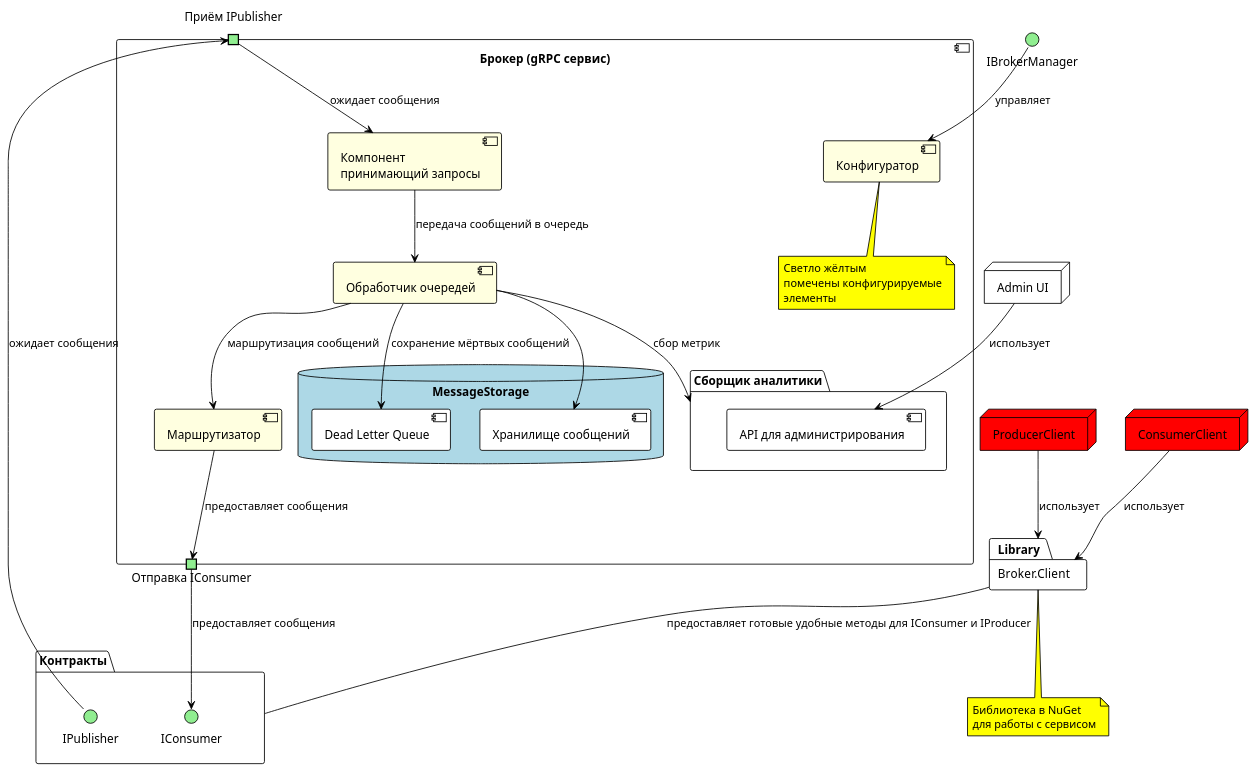
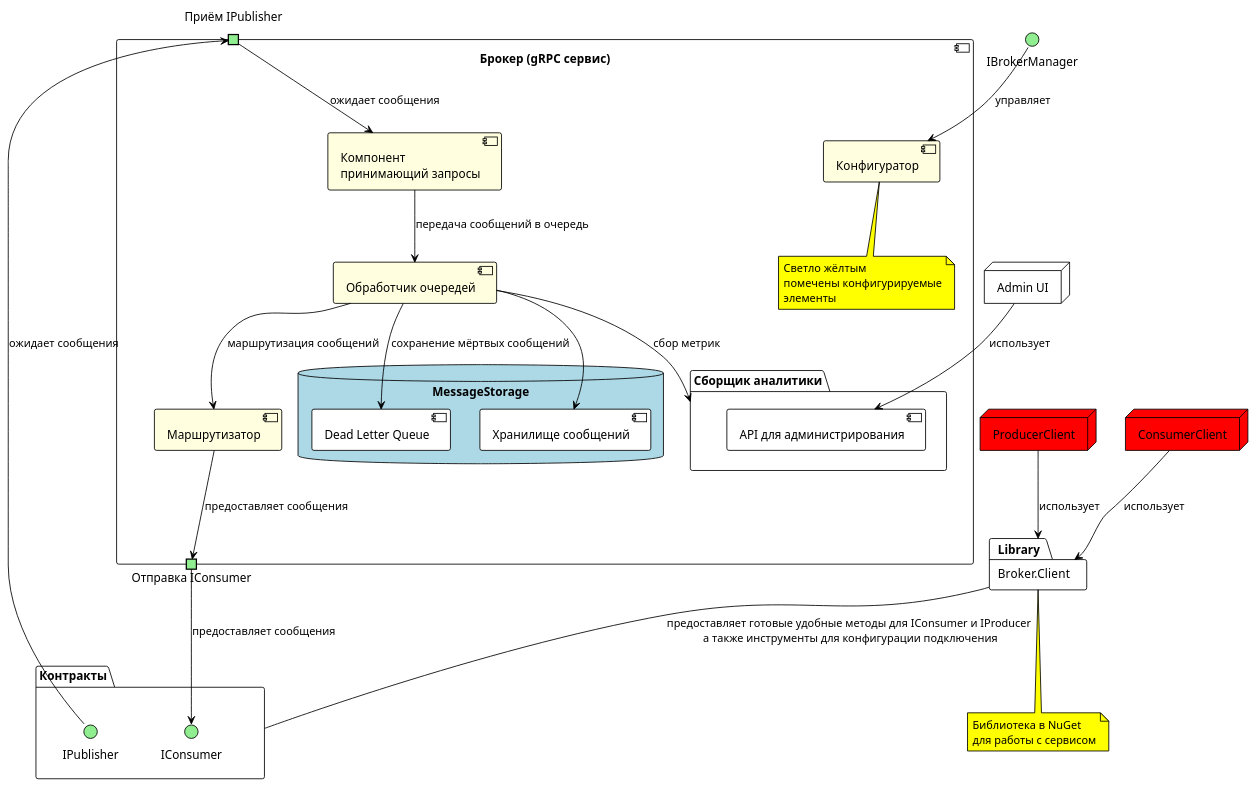
One commit to rinatsaf/kpv-broker changed the diagram in component_diagram.puml. Above: the diagram before and after it, drawn with PlantUML.

Commit message:
diagram improvements

```diff
--- a/component_diagram.puml
+++ b/component_diagram.puml
@@ -1,77 +1,77 @@
 @startuml diagram
 !theme plain
 ' left to right direction
 
 skinparam interface {
   BackgroundColor LightGreen
 }
 
 skinparam note {
   BackgroundColor Yellow
 }
 
 package "Контракты" as Contracts {
   interface "IConsumer" as IConsumer
   interface "IPublisher" as IPublisher
 }
 
 component "Брокер (gRPC сервис)" as Broker {
   component "Компонент\nпринимающий запросы" as RequestReceiver #LightYellow
   portin "Приём IPublisher" as pIn #lightgreen
 
   component "Обработчик очередей" as QueueHandler #LightYellow
-  
+
   package "Сборщик аналитики" as Analytics {
     component "API для администрирования" as AdminAPI
   }
-  
+
   component "Маршрутизатор" as Router #LightYellow
   portout "Отправка IConsumer" as pOut #lightgreen
 
   component "Конфигуратор" as Config #LightYellow
   note bottom of Config
-    Светло жёлтым 
+    Светло жёлтым
     помечены конфигурируемые
     элементы
   end note
 
   database "MessageStorage" #lightblue {
     component "Dead Letter Queue" as DLQ
     component "Хранилище сообщений" as IMessageStorage
   }
-  
+
   RequestReceiver --> QueueHandler : передача сообщений в очередь
   QueueHandler --> Router : маршрутизация сообщений
 
   QueueHandler --> Analytics : сбор метрик
   QueueHandler --> DLQ : сохранение мёртвых сообщений
   QueueHandler --> IMessageStorage
 
   RequestReceiver <-- pIn : ожидает сообщения
   pIn <-- IPublisher : ожидает сообщения
 
   Router --> pOut : предоставляет сообщения
   pOut --> IConsumer : предоставляет сообщения
 }
 
-package "Broker.Client" as Library {
-}
-Library -- Contracts : предоставляет готовые удобные методы для IConsumer и IProducer
+package "Broker.Client" as Library
+Library -- Contracts : предоставляет готовые удобные методы для IConsumer и IProducer\n а также инструменты для конфигурации подключения
+
 
 note bottom of Library
   Библиотека в NuGet
   для работы с сервисом
 end note
 
 node "ProducerClient" as Producer #red
 node "ConsumerClient" as Consumer #red
 Producer --> Library : использует
 Consumer --> Library : использует
 
 node "Admin UI" as AdminUI
 AdminUI --> AdminAPI : использует
 
 interface IBrokerManager
 IBrokerManager --> Config : управляет
 
 @enduml
```
